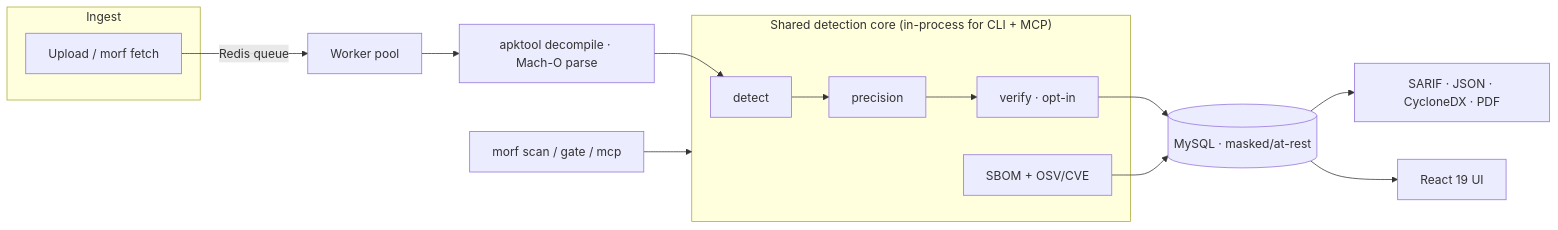
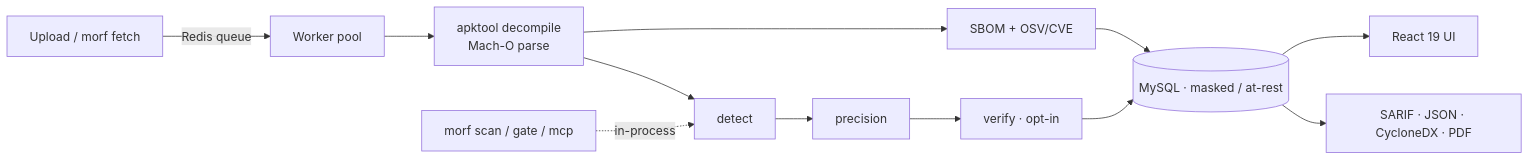
The diagram in README.md (amrudesh1/morf), drawn with Mermaid before and after one commit. The commit also changed other lines of this file, not shown here.

````diff
--- a/README.md
+++ b/README.md
@@ -219,18 +179,12 @@
 ```mermaid
 flowchart LR
-    subgraph Ingest
-        U[Upload / morf fetch]
-    end
-    subgraph Core["Shared detection core (in-process for CLI + MCP)"]
-        D[detect] --> P[precision] --> V[verify · opt-in]
-        S[SBOM + OSV/CVE]
-    end
-    U -->|Redis queue| W[Worker pool]
-    W --> X[apktool decompile · Mach-O parse]
-    X --> D
-    V --> R[(MySQL · masked/at-rest)]
+    U["Upload / morf fetch"] -->|Redis queue| W["Worker pool"]
+    W --> X["apktool decompile<br/>Mach-O parse"]
+    X --> D["detect"] --> P["precision"] --> V["verify · opt-in"]
+    X --> S["SBOM + OSV/CVE"]
+    V --> R[("MySQL · masked / at-rest")]
     S --> R
-    R --> O[SARIF · JSON · CycloneDX · PDF]
-    R --> UI[React 19 UI]
-    CLI[morf scan / gate / mcp] --> Core
+    R --> O["SARIF · JSON · CycloneDX · PDF"]
+    R --> UI["React 19 UI"]
+    CLI["morf scan / gate / mcp"] -.in-process.-> D
 ```
````
